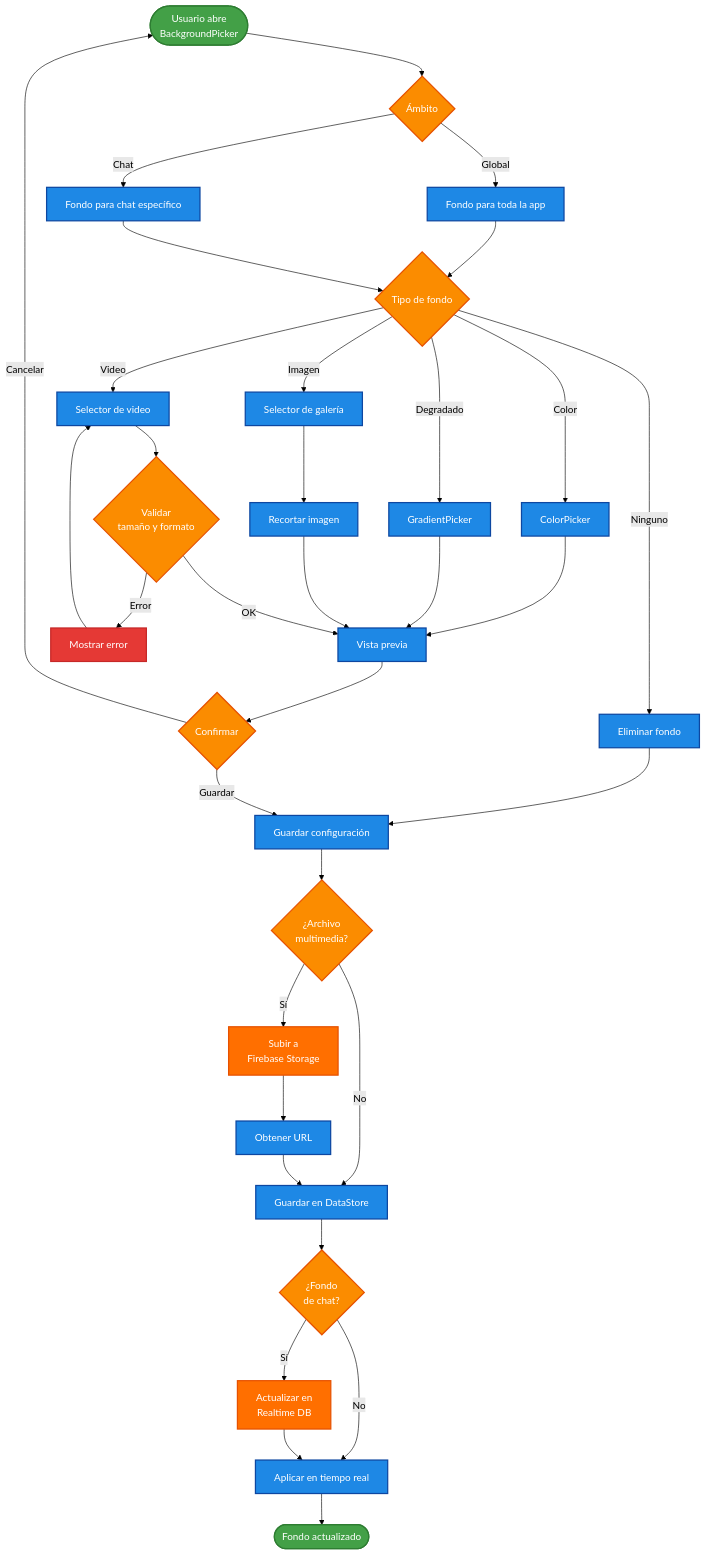
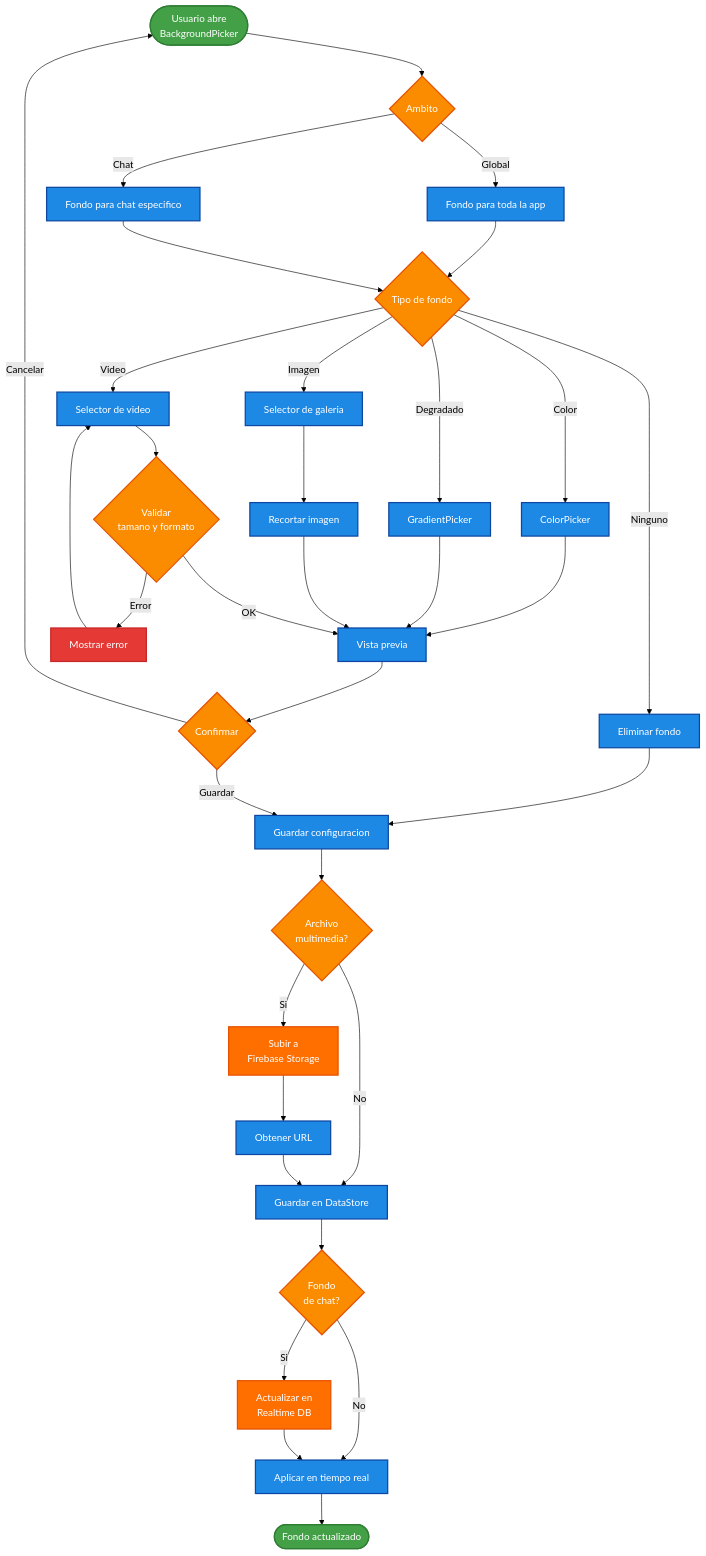
One commit to Azelmods677/NexusChat changed the sixth of 6 diagrams in README.md. Above: the diagram before and after it, drawn with Mermaid (forest theme). The commit also changed other lines of this file and 13 other files, not shown here.

````diff
--- a/README.md
+++ b/README.md
@@ -362,57 +362,57 @@
 ```mermaid
 flowchart TD
-    START([Usuario abre<br/>BackgroundPicker]) --> SCOPE{Ámbito}
+    START([Usuario abre<br/>BackgroundPicker]) --> SCOPE{Ambito}
     
     SCOPE -->|Global| GLOBAL[Fondo para toda la app]
-    SCOPE -->|Chat| CHAT[Fondo para chat específico]
+    SCOPE -->|Chat| CHAT[Fondo para chat especifico]
     
     GLOBAL --> TYPE{Tipo de fondo}
     CHAT --> TYPE
     
     TYPE -->|Color| COLOR[ColorPicker]
     TYPE -->|Degradado| GRADIENT[GradientPicker]
-    TYPE -->|Imagen| IMAGE[Selector de galería]
+    TYPE -->|Imagen| IMAGE[Selector de galeria]
     TYPE -->|Video| VIDEO[Selector de video]
     TYPE -->|Ninguno| NONE[Eliminar fondo]
     
     COLOR --> PREVIEW[Vista previa]
     GRADIENT --> PREVIEW
     IMAGE --> CROP[Recortar imagen]
-    VIDEO --> VALIDATE{Validar<br/>tamaño y formato}
+    VIDEO --> VALIDATE{Validar<br/>tamano y formato}
     NONE --> SAVE
     
     CROP --> PREVIEW
     VALIDATE -->|Error| ERROR[Mostrar error]
     ERROR --> VIDEO
     VALIDATE -->|OK| PREVIEW
     
     PREVIEW --> CONFIRM{Confirmar}
     CONFIRM -->|Cancelar| START
-    CONFIRM -->|Guardar| SAVE[Guardar configuración]
+    CONFIRM -->|Guardar| SAVE[Guardar configuracion]
     
-    SAVE --> STORAGE_CHECK{¿Archivo<br/>multimedia?}
-    STORAGE_CHECK -->|Sí| UPLOAD[Subir a<br/>Firebase Storage]
+    SAVE --> STORAGE_CHECK{Archivo<br/>multimedia?}
+    STORAGE_CHECK -->|Si| UPLOAD[Subir a<br/>Firebase Storage]
     STORAGE_CHECK -->|No| DATASTORE_SAVE
     
     UPLOAD --> GET_URL[Obtener URL]
     GET_URL --> DATASTORE_SAVE[Guardar en DataStore]
     
-    DATASTORE_SAVE --> FIREBASE_SAVE{¿Fondo<br/>de chat?}
-    FIREBASE_SAVE -->|Sí| FB_UPDATE[Actualizar en<br/>Realtime DB]
+    DATASTORE_SAVE --> FIREBASE_SAVE{Fondo<br/>de chat?}
+    FIREBASE_SAVE -->|Si| FB_UPDATE[Actualizar en<br/>Realtime DB]
     FIREBASE_SAVE -->|No| APPLY
     
     FB_UPDATE --> APPLY[Aplicar en tiempo real]
     APPLY --> END([Fondo actualizado])
     
     classDef success fill:#43a047,stroke:#2e7d32,stroke-width:2px,color:#fff
     classDef error fill:#e53935,stroke:#c62828,stroke-width:2px,color:#fff
     classDef process fill:#1e88e5,stroke:#0d47a1,stroke-width:2px,color:#fff
     classDef decision fill:#fb8c00,stroke:#e65100,stroke-width:2px,color:#fff
     classDef firebase fill:#ff6f00,stroke:#e65100,stroke-width:2px,color:#fff
     
     class START,END success
     class ERROR error
     class GLOBAL,CHAT,COLOR,GRADIENT,IMAGE,VIDEO,NONE,CROP,PREVIEW,SAVE,GET_URL,DATASTORE_SAVE,APPLY process
     class SCOPE,TYPE,VALIDATE,CONFIRM,STORAGE_CHECK,FIREBASE_SAVE decision
     class UPLOAD,FB_UPDATE firebase
 ```
````
